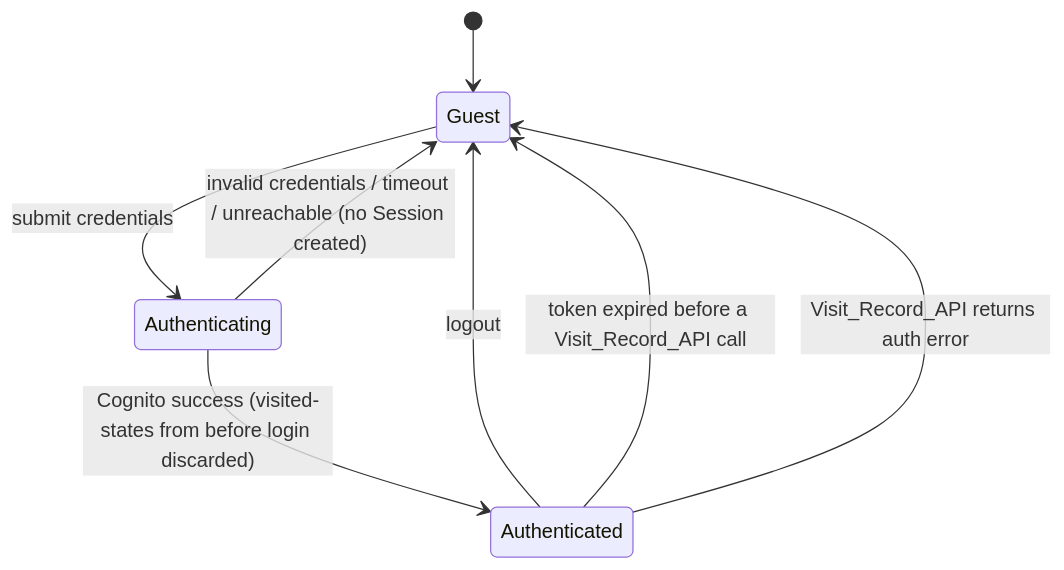
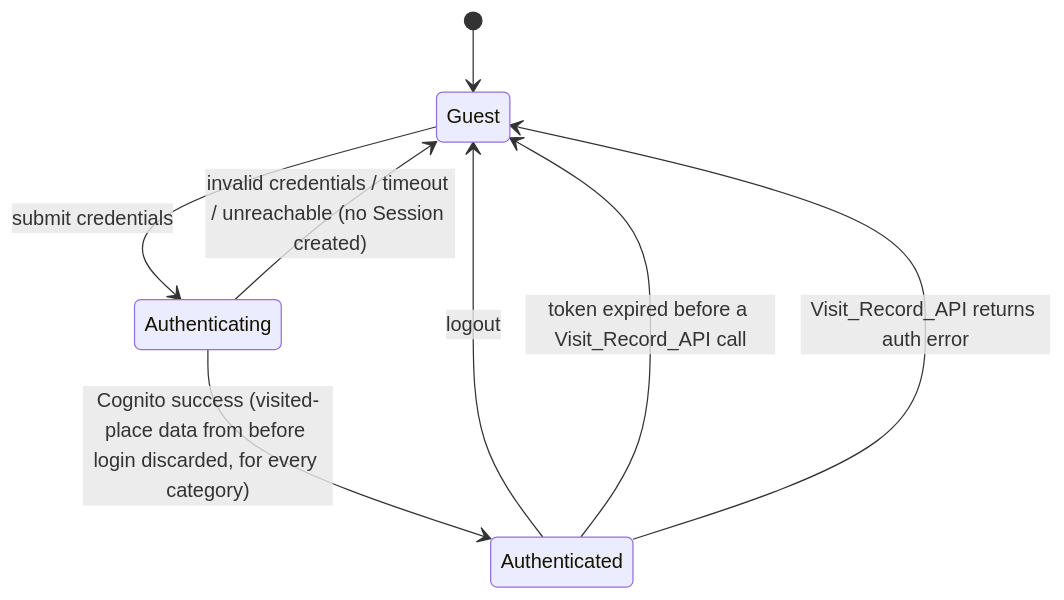
Before and after one commit to brentsowers1/coordinatecommons: the third of 5 diagrams in .kiro/specs/state-visit-tracker/design.md, drawn with Mermaid. The commit also changed other lines of this file and 59 other files, not shown here.

````diff
--- a/.kiro/specs/state-visit-tracker/design.md
+++ b/.kiro/specs/state-visit-tracker/design.md
@@ -83,10 +93,10 @@
 ```mermaid
 stateDiagram-v2
     [*] --> Guest
     Guest --> Authenticating: submit credentials
     Authenticating --> Guest: invalid credentials / timeout / unreachable (no Session created)
-    Authenticating --> Authenticated: Cognito success (visited-states from before login discarded)
+    Authenticating --> Authenticated: Cognito success (visited-place data from before login discarded, for every category)
     Authenticated --> Guest: logout
     Authenticated --> Guest: token expired before a Visit_Record_API call
     Authenticated --> Guest: Visit_Record_API returns auth error
 ```
````
